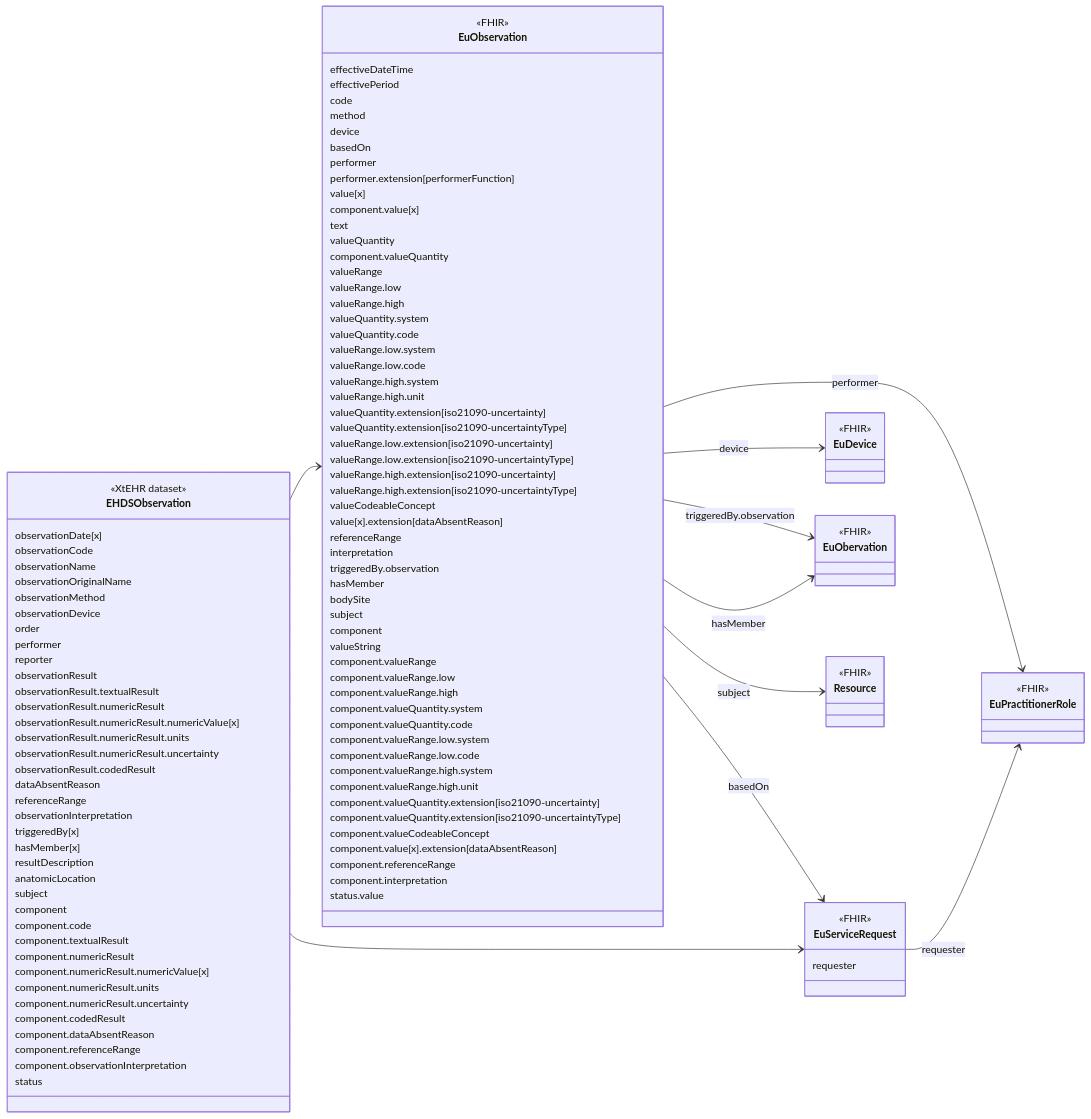
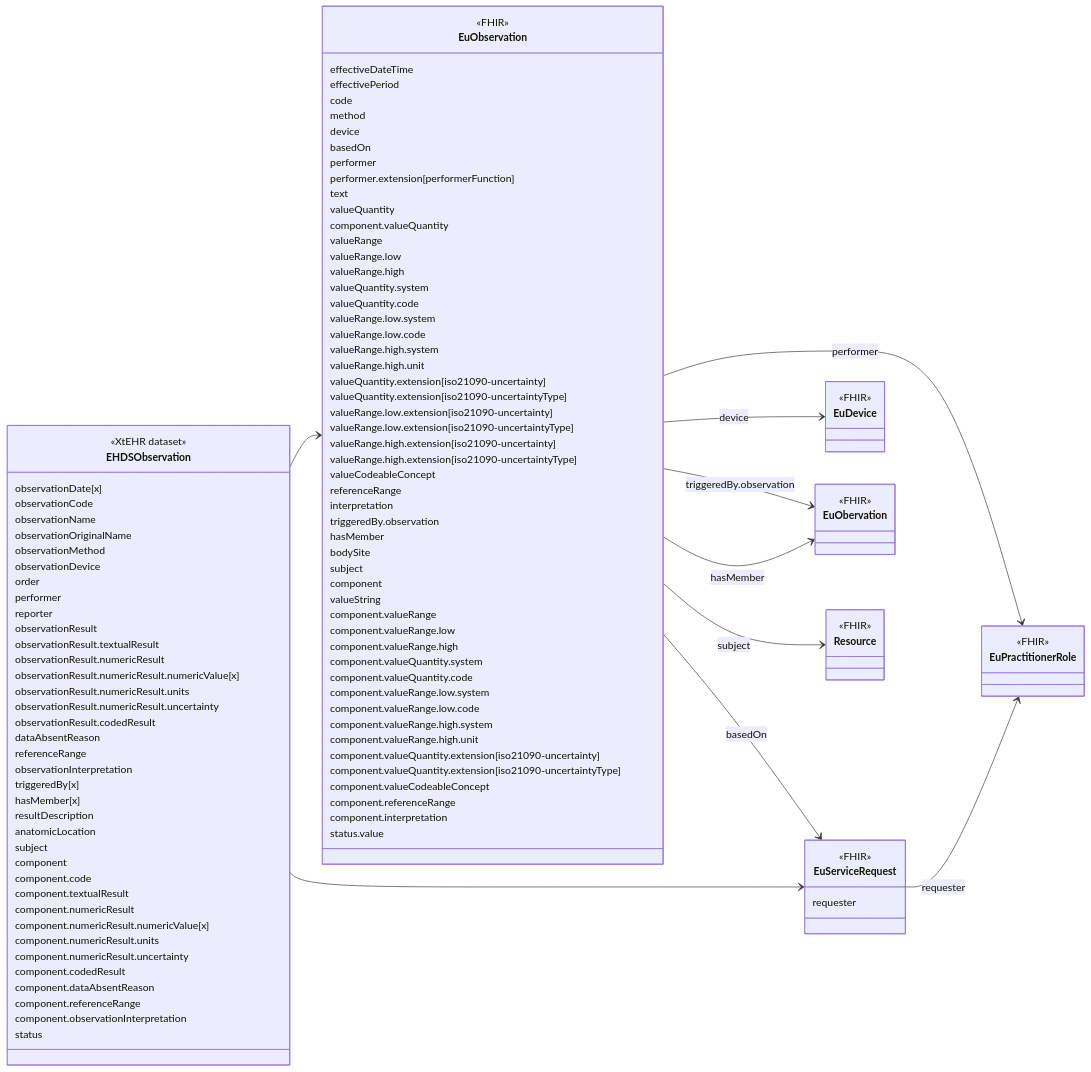
One commit to oijauregui/ehdsimaging changed the diagram in input/intro-notes/ConceptMap-EHDSObservationMap-intro.md. Above: the diagram before and after it, drawn with Mermaid. The commit also changed 16 other files, not shown here.

```diff
--- a/input/intro-notes/ConceptMap-EHDSObservationMap-intro.md
+++ b/input/intro-notes/ConceptMap-EHDSObservationMap-intro.md
@@ -55,8 +55,6 @@
   basedOn
   performer
   performer.extension[performerFunction]
-  value[x]
-  component.value[x]
   text
   valueQuantity
   component.valueQuantity
@@ -76,7 +74,6 @@
   valueRange.high.extension[iso21090-uncertainty]
   valueRange.high.extension[iso21090-uncertaintyType]
   valueCodeableConcept
-  value[x].extension[dataAbsentReason]
   referenceRange
   interpretation
   triggeredBy.observation
@@ -97,7 +94,6 @@
   component.valueQuantity.extension[iso21090-uncertainty]
   component.valueQuantity.extension[iso21090-uncertaintyType]
   component.valueCodeableConcept
-  component.value[x].extension[dataAbsentReason]
   component.referenceRange
   component.interpretation
   status.value
```
